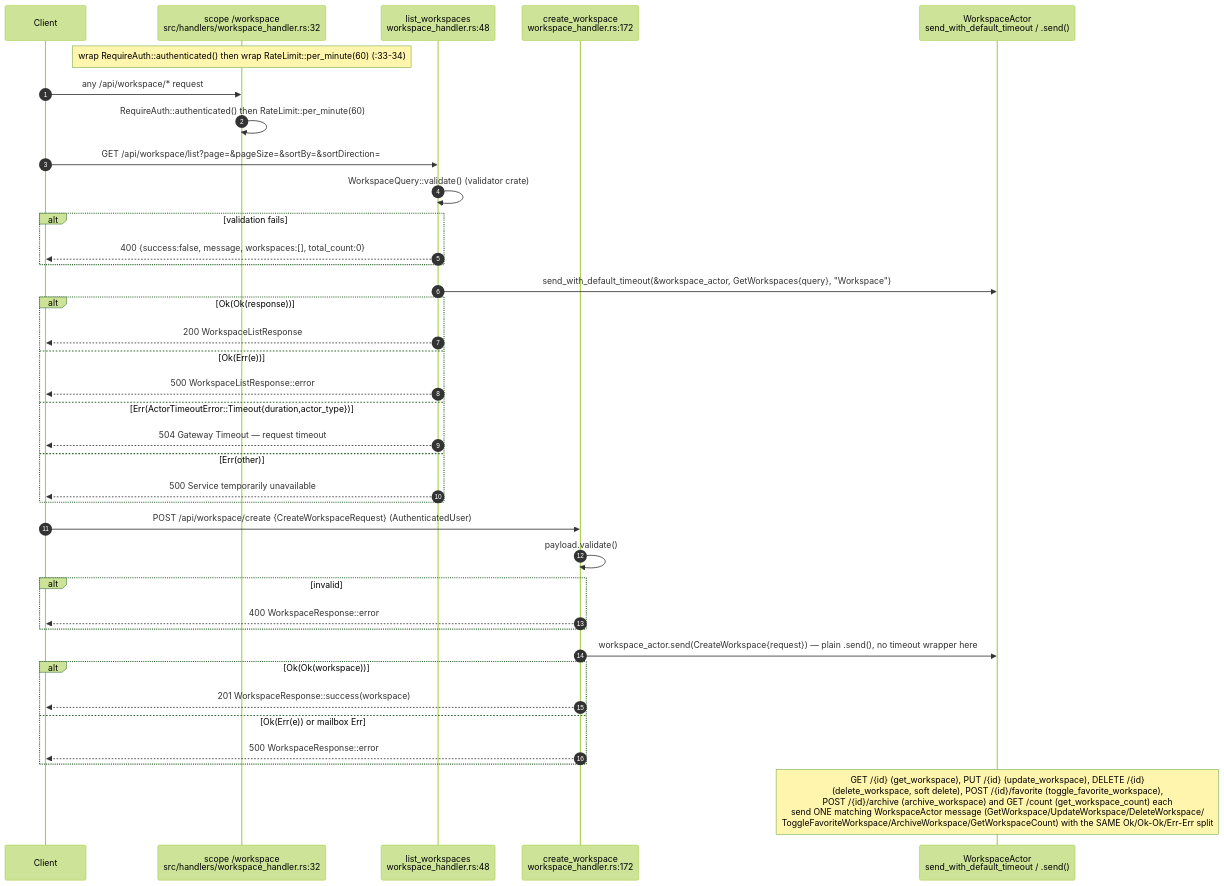
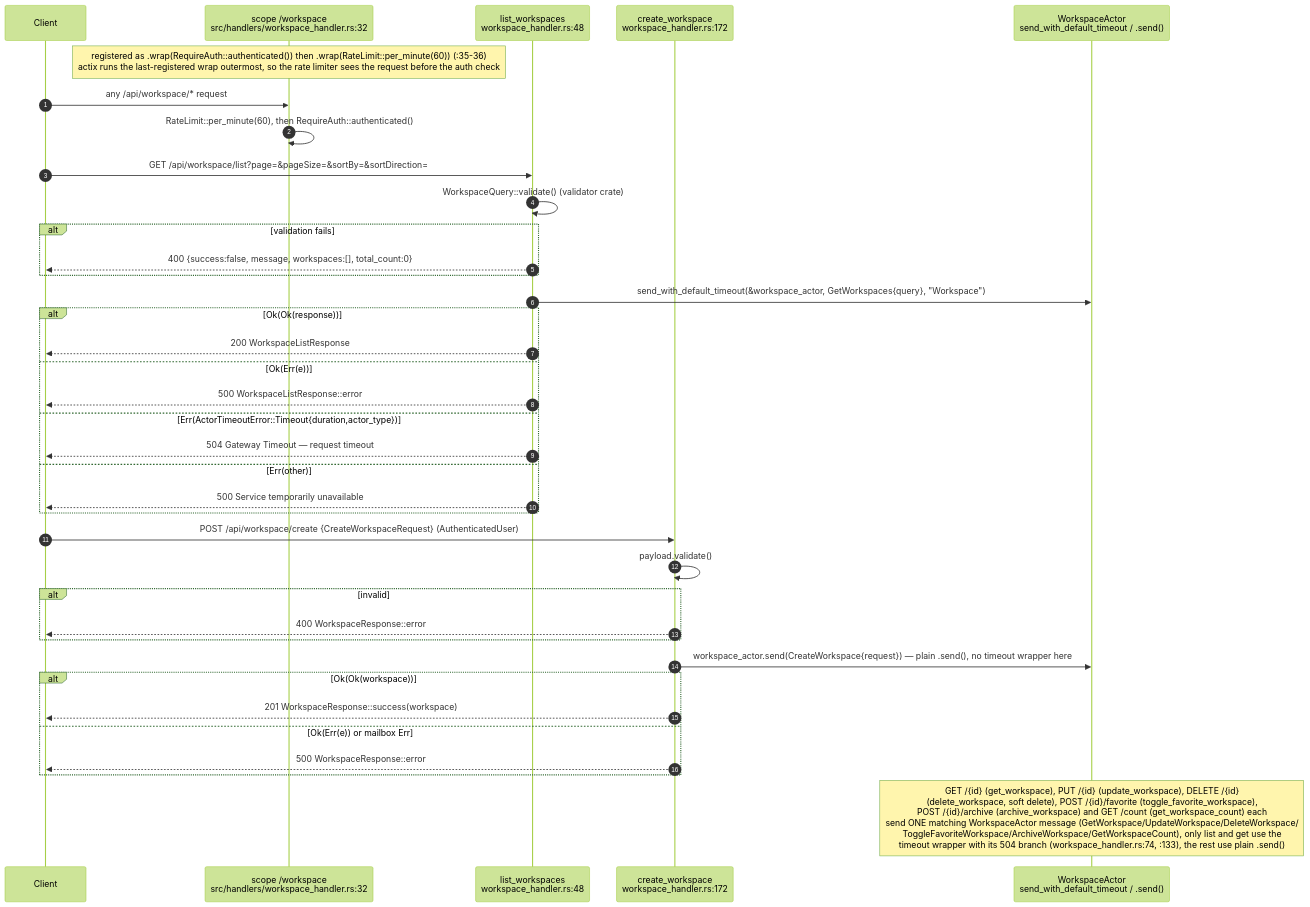
One commit to DreamLab-AI/VisionFlow changed diagram 19 of 23 in docs/diagrams/visionclaw/04-handlers-graph-and-state.md. Above: the diagram before and after it, drawn with Mermaid (forest theme). The commit also changed other lines of this file and 173 other files, not shown here.

````diff
--- a/docs/diagrams/visionclaw/04-handlers-graph-and-state.md
+++ b/docs/diagrams/visionclaw/04-handlers-graph-and-state.md
@@ -876,40 +948,40 @@
 ```mermaid
 sequenceDiagram
     autonumber
     participant C as Client
     participant W as scope /workspace<br/>src/handlers/workspace_handler.rs:32
     participant LW as list_workspaces<br/>workspace_handler.rs:48
     participant CW as create_workspace<br/>workspace_handler.rs:172
     participant WA as WorkspaceActor<br/>send_with_default_timeout / .send()
 
-    Note over W: wrap RequireAuth::authenticated() then wrap RateLimit::per_minute(60) (:33-34)
+    Note over W: registered as .wrap(RequireAuth::authenticated()) then .wrap(RateLimit::per_minute(60)) (:35-36)<br/>actix runs the last-registered wrap outermost, so the rate limiter sees the request before the auth check
     C->>W: any /api/workspace/* request
-    W->>W: RequireAuth::authenticated() then RateLimit::per_minute(60)
+    W->>W: RateLimit::per_minute(60), then RequireAuth::authenticated()
     C->>LW: GET /api/workspace/list?page=&pageSize=&sortBy=&sortDirection=
     LW->>LW: WorkspaceQuery::validate() (validator crate)
     alt validation fails
         LW-->>C: 400 {success:false, message, workspaces:[], total_count:0}
     end
     LW->>WA: send_with_default_timeout(&workspace_actor, GetWorkspaces{query}, "Workspace")
     alt Ok(Ok(response))
         LW-->>C: 200 WorkspaceListResponse
     else Ok(Err(e))
         LW-->>C: 500 WorkspaceListResponse::error
     else Err(ActorTimeoutError::Timeout{duration,actor_type})
         LW-->>C: 504 Gateway Timeout — request timeout
     else Err(other)
         LW-->>C: 500 Service temporarily unavailable
     end
     C->>CW: POST /api/workspace/create {CreateWorkspaceRequest} (AuthenticatedUser)
     CW->>CW: payload.validate()
     alt invalid
         CW-->>C: 400 WorkspaceResponse::error
     end
     CW->>WA: workspace_actor.send(CreateWorkspace{request}) — plain .send(), no timeout wrapper here
     alt Ok(Ok(workspace))
         CW-->>C: 201 WorkspaceResponse::success(workspace)
     else Ok(Err(e)) or mailbox Err
         CW-->>C: 500 WorkspaceResponse::error
     end
-    Note over WA: GET /{id} (get_workspace), PUT /{id} (update_workspace), DELETE /{id}<br/>(delete_workspace, soft delete), POST /{id}/favorite (toggle_favorite_workspace),<br/>POST /{id}/archive (archive_workspace) and GET /count (get_workspace_count) each<br/>send ONE matching WorkspaceActor message (GetWorkspace/UpdateWorkspace/DeleteWorkspace/<br/>ToggleFavoriteWorkspace/ArchiveWorkspace/GetWorkspaceCount) with the SAME Ok/Ok-Ok/Err-Err split
+    Note over WA: GET /{id} (get_workspace), PUT /{id} (update_workspace), DELETE /{id}<br/>(delete_workspace, soft delete), POST /{id}/favorite (toggle_favorite_workspace),<br/>POST /{id}/archive (archive_workspace) and GET /count (get_workspace_count) each<br/>send ONE matching WorkspaceActor message (GetWorkspace/UpdateWorkspace/DeleteWorkspace/<br/>ToggleFavoriteWorkspace/ArchiveWorkspace/GetWorkspaceCount), only list and get use the<br/>timeout wrapper with its 504 branch (workspace_handler.rs:74, :133), the rest use plain .send()
 ```
````
